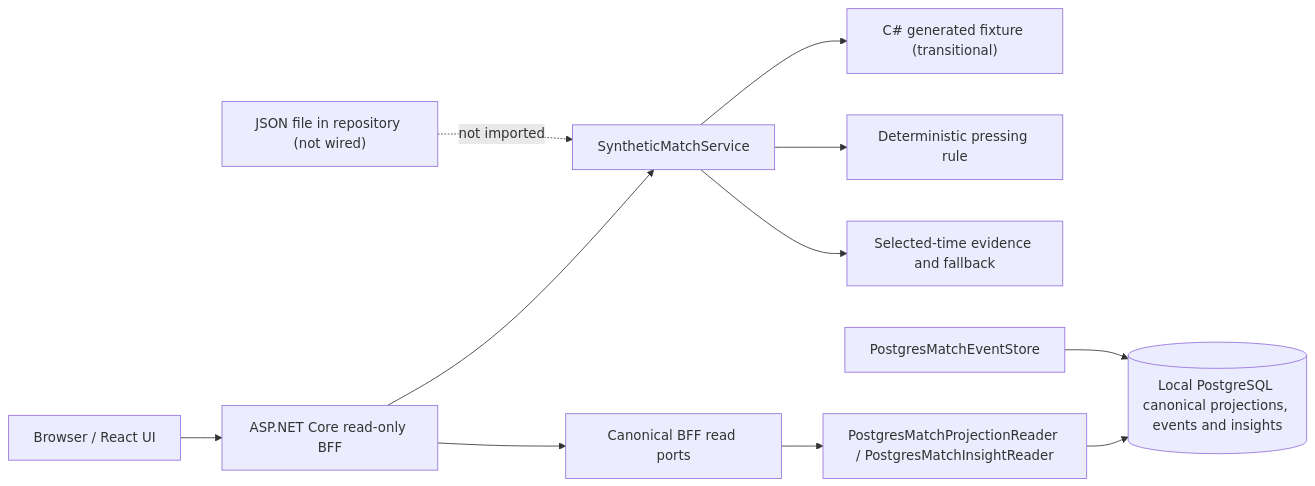
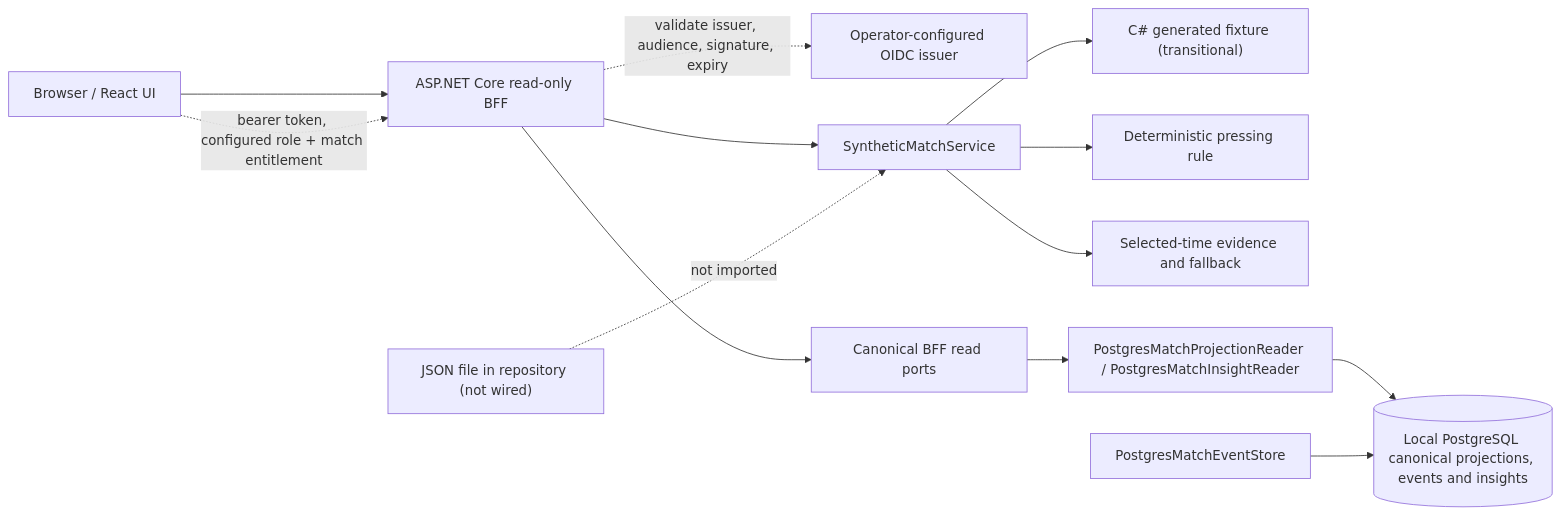
One commit to prateekgangopadhyay/PitchMind changed the first of 3 diagrams in docs/architecture/02-container.md. Above: the diagram before and after it, drawn with Mermaid. The commit also changed other lines of this file and 18 other files, not shown here.

````diff
--- a/docs/architecture/02-container.md
+++ b/docs/architecture/02-container.md
@@ -7,13 +7,15 @@
 ```mermaid
 flowchart LR
   U["Browser / React UI"] --> A["ASP.NET Core read-only BFF"]
+  U -. "bearer token, configured role + match entitlement" .-> A
+  A -. "validate issuer, audience, signature, expiry" .-> IDP["Operator-configured OIDC issuer"]
   A --> S["SyntheticMatchService"]
   S --> G["C# generated fixture (transitional)"]
   S --> T["Deterministic pressing rule"]
   S --> E["Selected-time evidence and fallback"]
   A --> R["Canonical BFF read ports"]
   R --> P["PostgresMatchProjectionReader / PostgresMatchInsightReader"]
   P --> DB[("Local PostgreSQL canonical projections, events and insights")]
   L["PostgresMatchEventStore"] --> DB
   J["JSON file in repository (not wired)"] -. "not imported" .-> S
 ```
````
